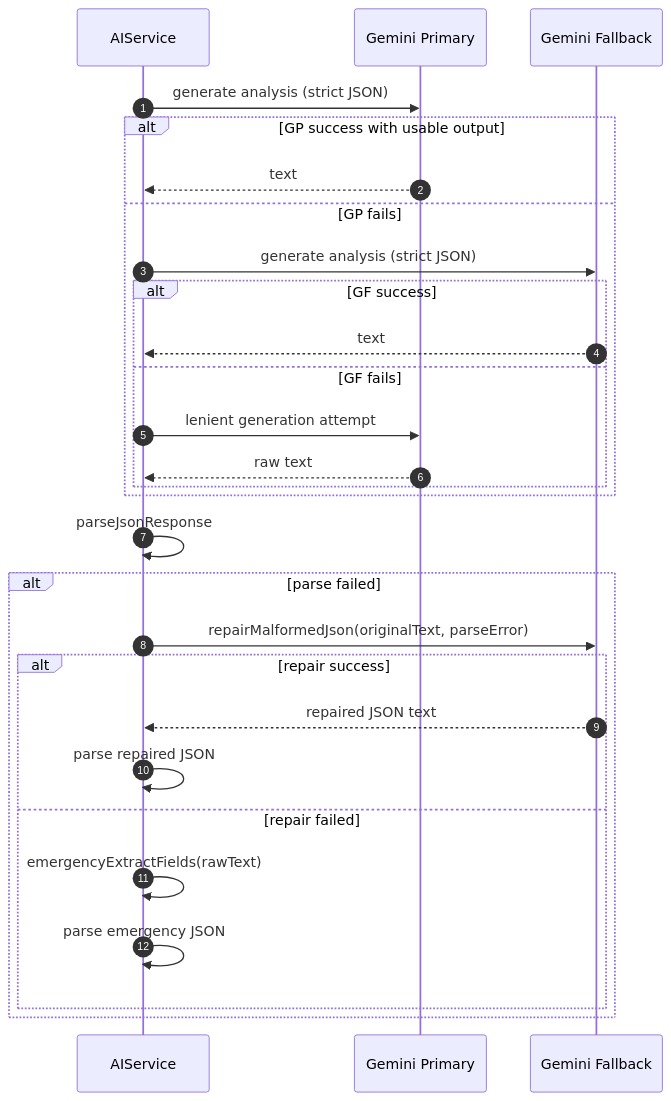
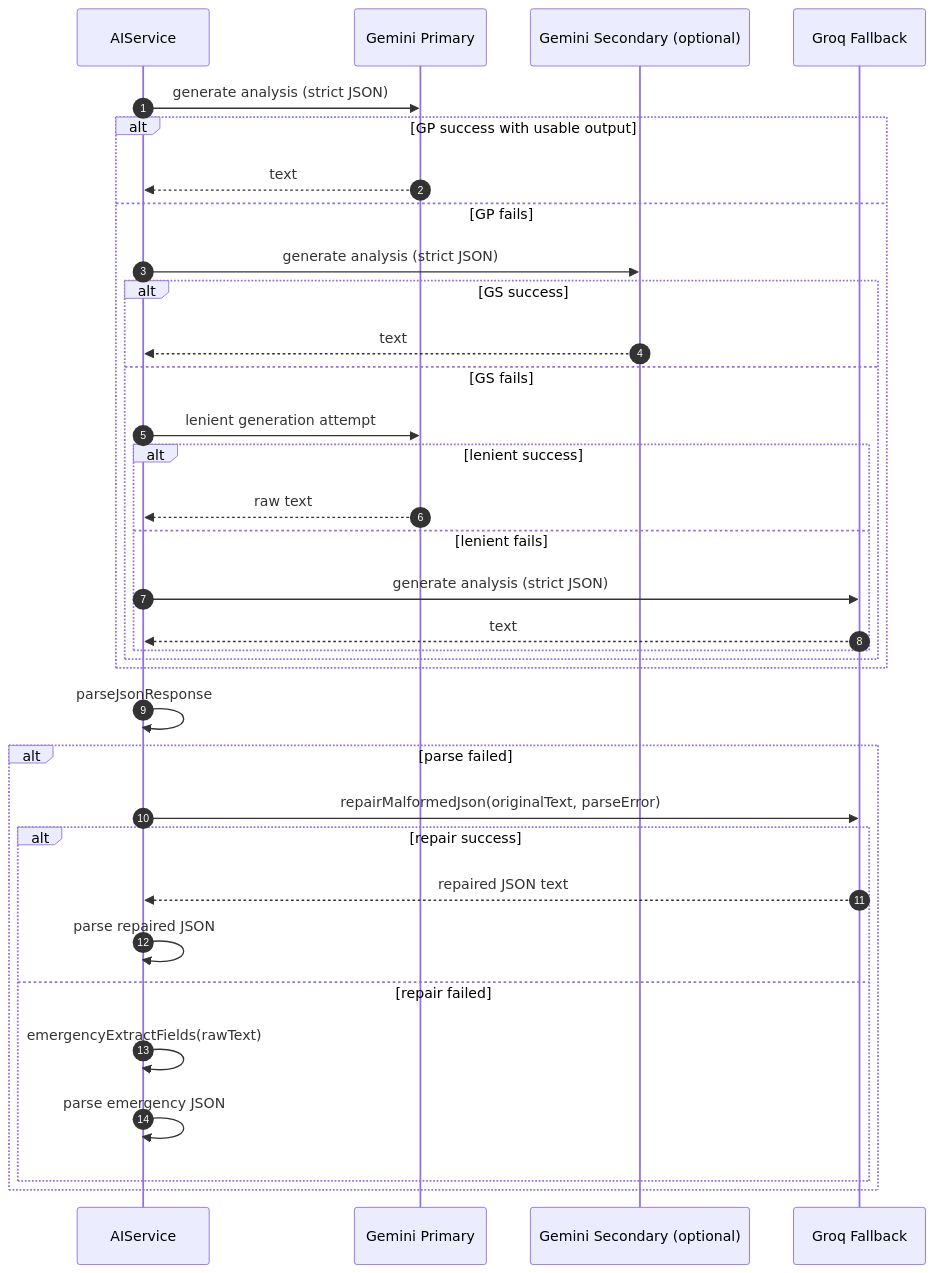
The third of 8 diagrams in AI_FEATURES_DOCUMENTATION.md (Adem-Nefzi/BFSI-PFE), drawn with Mermaid before and after one commit. The commit also changed other lines of this file and 12 other files, not shown here.

````diff
--- a/AI_FEATURES_DOCUMENTATION.md
+++ b/AI_FEATURES_DOCUMENTATION.md
@@ -199,32 +203,38 @@
 ```mermaid
 sequenceDiagram
   autonumber
   participant AIS as AIService
   participant GP as Gemini Primary
-  participant GF as Gemini Fallback
+  participant GS as Gemini Secondary (optional)
+  participant GR as Groq Fallback
 
   AIS->>GP: generate analysis (strict JSON)
   alt GP success with usable output
     GP-->>AIS: text
   else GP fails
-    AIS->>GF: generate analysis (strict JSON)
-    alt GF success
-      GF-->>AIS: text
-    else GF fails
+    AIS->>GS: generate analysis (strict JSON)
+    alt GS success
+      GS-->>AIS: text
+    else GS fails
       AIS->>GP: lenient generation attempt
-      GP-->>AIS: raw text
+      alt lenient success
+        GP-->>AIS: raw text
+      else lenient fails
+        AIS->>GR: generate analysis (strict JSON)
+        GR-->>AIS: text
+      end
     end
   end
 
   AIS->>AIS: parseJsonResponse
   alt parse failed
-    AIS->>GF: repairMalformedJson(originalText, parseError)
+    AIS->>GR: repairMalformedJson(originalText, parseError)
     alt repair success
-      GF-->>AIS: repaired JSON text
+      GR-->>AIS: repaired JSON text
       AIS->>AIS: parse repaired JSON
     else repair failed
       AIS->>AIS: emergencyExtractFields(rawText)
       AIS->>AIS: parse emergency JSON
     end
   end
 ```
````
